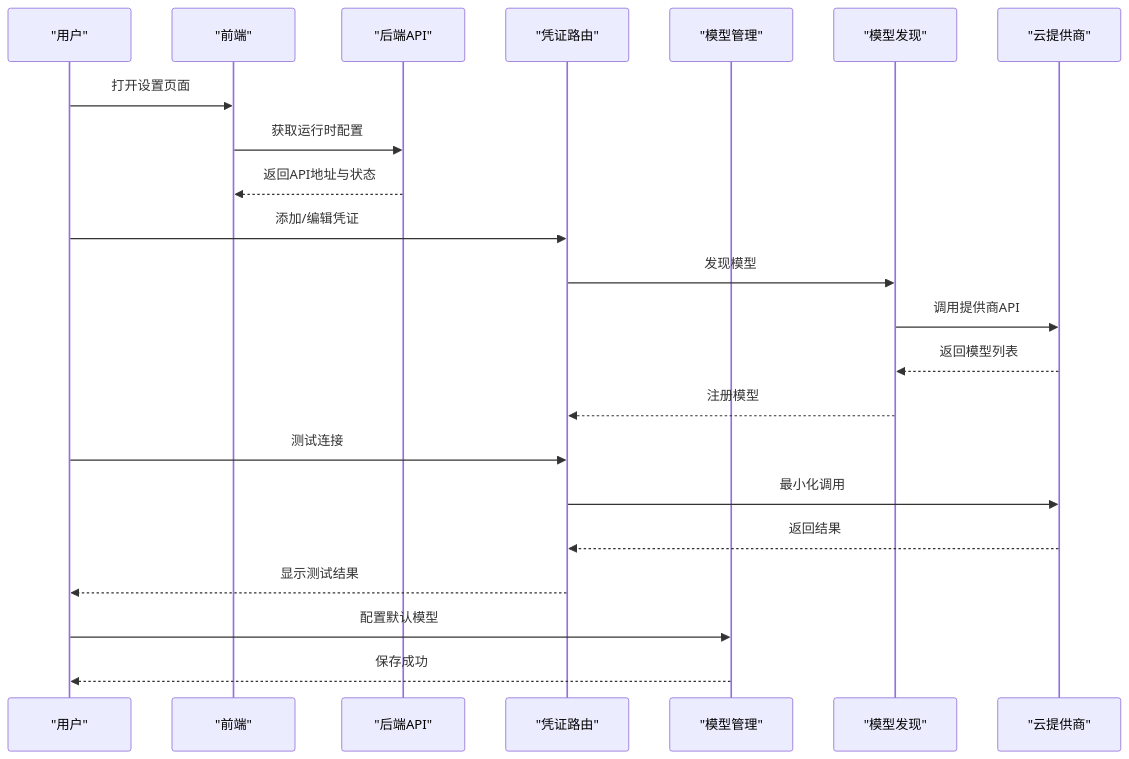
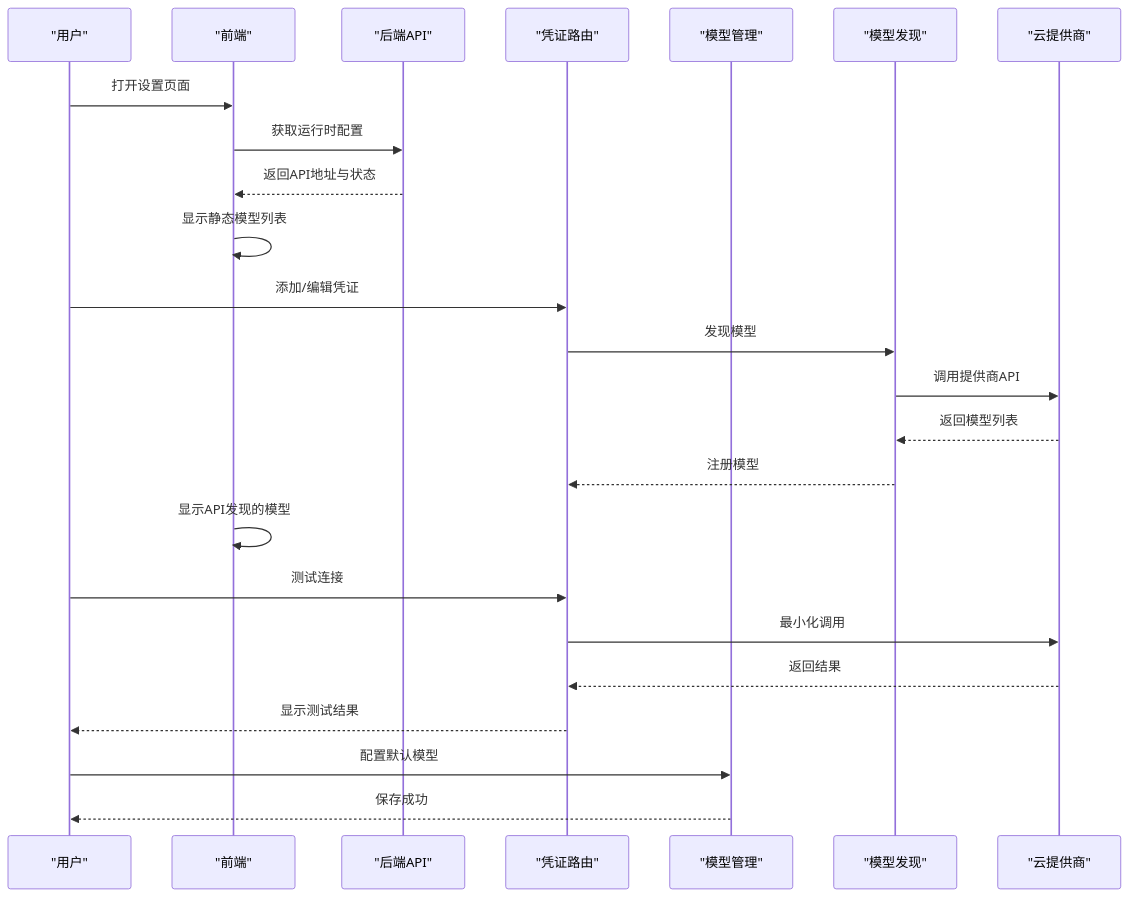
Before and after one commit to jackeyunjie/open-notebook: the second of 7 diagrams in .qoder/repowiki/zh/content/配置管理/AI提供商配置/云提供商配置.md, drawn with Mermaid. The commit also changed other lines of this file and 89 other files, not shown here.

````diff
--- a/.qoder/repowiki/zh/content/配置管理/AI提供商配置/云提供商配置.md
+++ b/.qoder/repowiki/zh/content/配置管理/AI提供商配置/云提供商配置.md
@@ -103,24 +138,26 @@
 ```mermaid
 sequenceDiagram
 participant User as "用户"
 participant Frontend as "前端"
 participant API as "后端API"
 participant Credentials as "凭证路由"
 participant Models as "模型管理"
 participant Discovery as "模型发现"
 participant Provider as "云提供商"
 User->>Frontend : 打开设置页面
 Frontend->>API : 获取运行时配置
 API-->>Frontend : 返回API地址与状态
+Frontend->>Frontend : 显示静态模型列表
 User->>Credentials : 添加/编辑凭证
 Credentials->>Discovery : 发现模型
 Discovery->>Provider : 调用提供商API
 Provider-->>Discovery : 返回模型列表
 Discovery-->>Credentials : 注册模型
+Frontend->>Frontend : 显示API发现的模型
 User->>Credentials : 测试连接
 Credentials->>Provider : 最小化调用
 Provider-->>Credentials : 返回结果
 Credentials-->>User : 显示测试结果
 User->>Models : 配置默认模型
 Models-->>User : 保存成功
 ```
````
